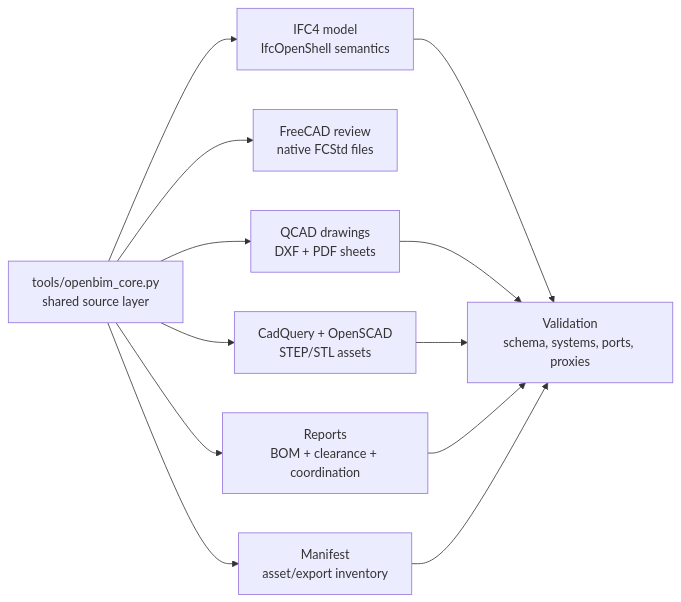
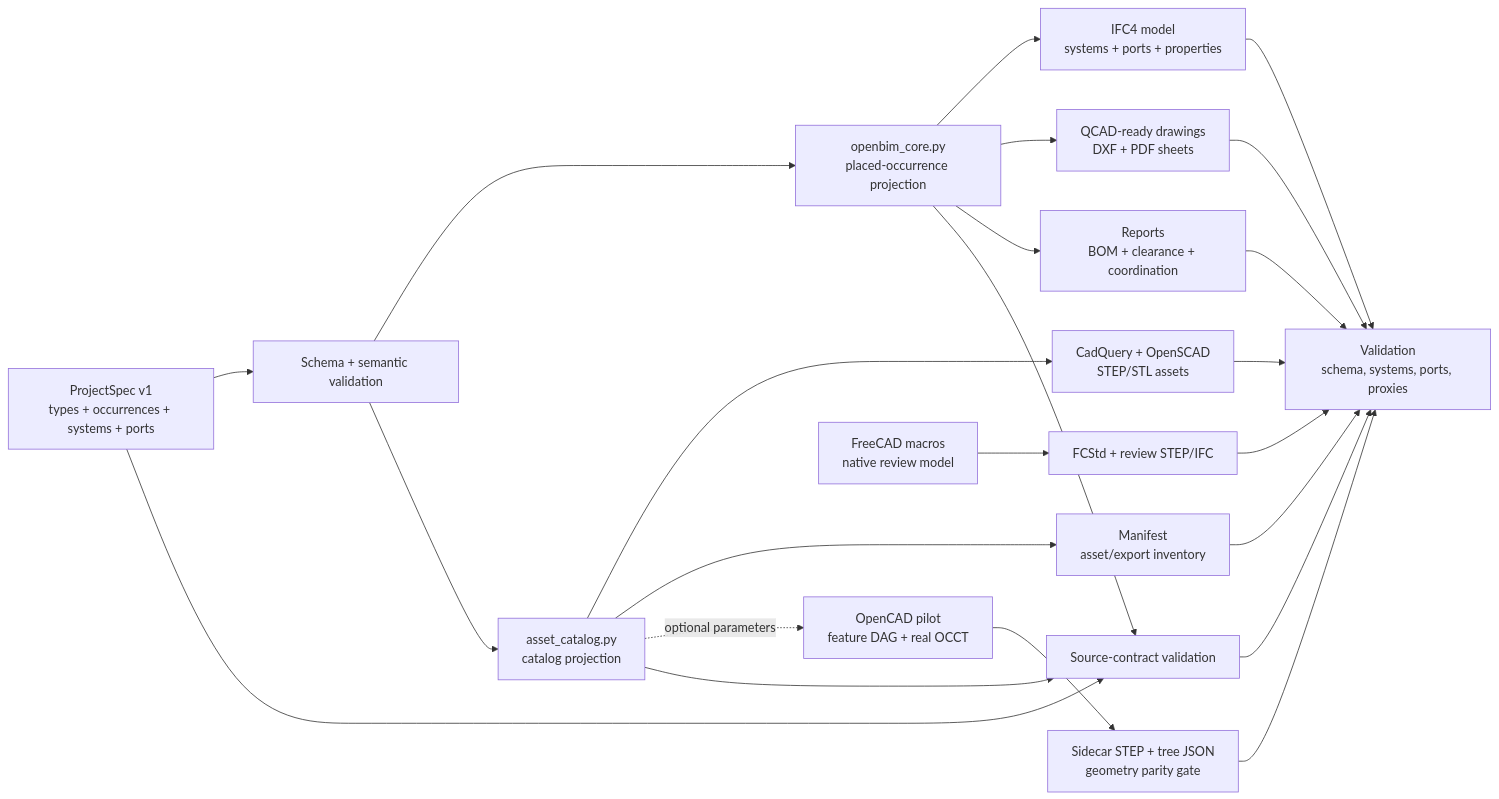
The diagram in README.md (Taz33m/coordproof-openbim-mep), drawn with Mermaid before and after one commit. The commit also changed other lines of this file and 129 other files, not shown here.

First line of the commit message:
Harden OpenBIM ProjectSpec pipeline

````diff
--- a/README.md
+++ b/README.md
@@ -64,14 +77,25 @@
 ```mermaid
 flowchart LR
-    A["tools/openbim_core.py<br/>shared source layer"] --> B["IFC4 model<br/>IfcOpenShell semantics"]
-    A --> C["FreeCAD review<br/>native FCStd files"]
-    A --> D["QCAD drawings<br/>DXF + PDF sheets"]
-    A --> E["CadQuery + OpenSCAD<br/>STEP/STL assets"]
+    P["ProjectSpec v1<br/>types + occurrences + systems + ports"] --> L["Schema + semantic validation"]
+    L --> A["openbim_core.py<br/>placed-occurrence projection"]
+    L --> T["asset_catalog.py<br/>catalog projection"]
+    A --> B["IFC4 model<br/>systems + ports + properties"]
+    A --> D["QCAD-ready drawings<br/>DXF + PDF sheets"]
     A --> F["Reports<br/>BOM + clearance + coordination"]
-    A --> G["Manifest<br/>asset/export inventory"]
+    T --> E["CadQuery + OpenSCAD<br/>STEP/STL assets"]
+    T --> G["Manifest<br/>asset/export inventory"]
+    T -. "optional parameters" .-> I["OpenCAD pilot<br/>feature DAG + real OCCT"]
+    C["FreeCAD macros<br/>native review model"] --> K["FCStd + review STEP/IFC"]
+    P --> V["Source-contract validation"]
+    A --> V
+    T --> V
+    I --> J["Sidecar STEP + tree JSON<br/>geometry parity gate"]
     B --> H["Validation<br/>schema, systems, ports, proxies"]
     D --> H
     E --> H
     F --> H
     G --> H
+    K --> H
+    V --> H
+    J --> H
 ```
````
